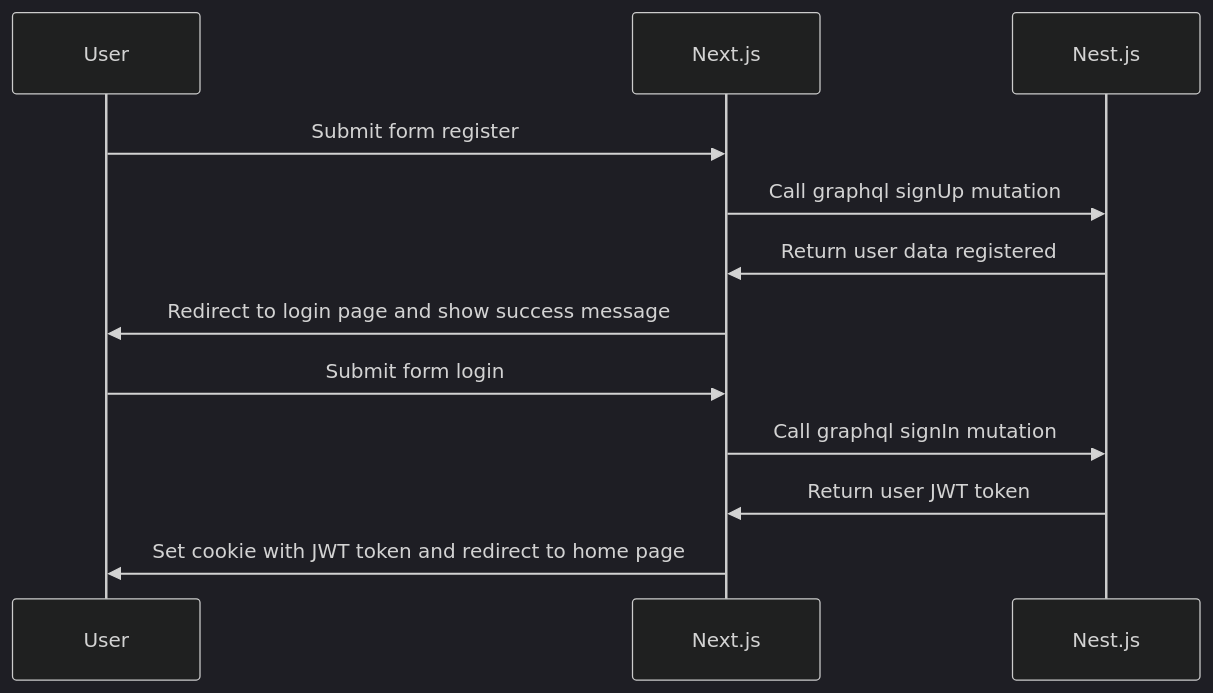
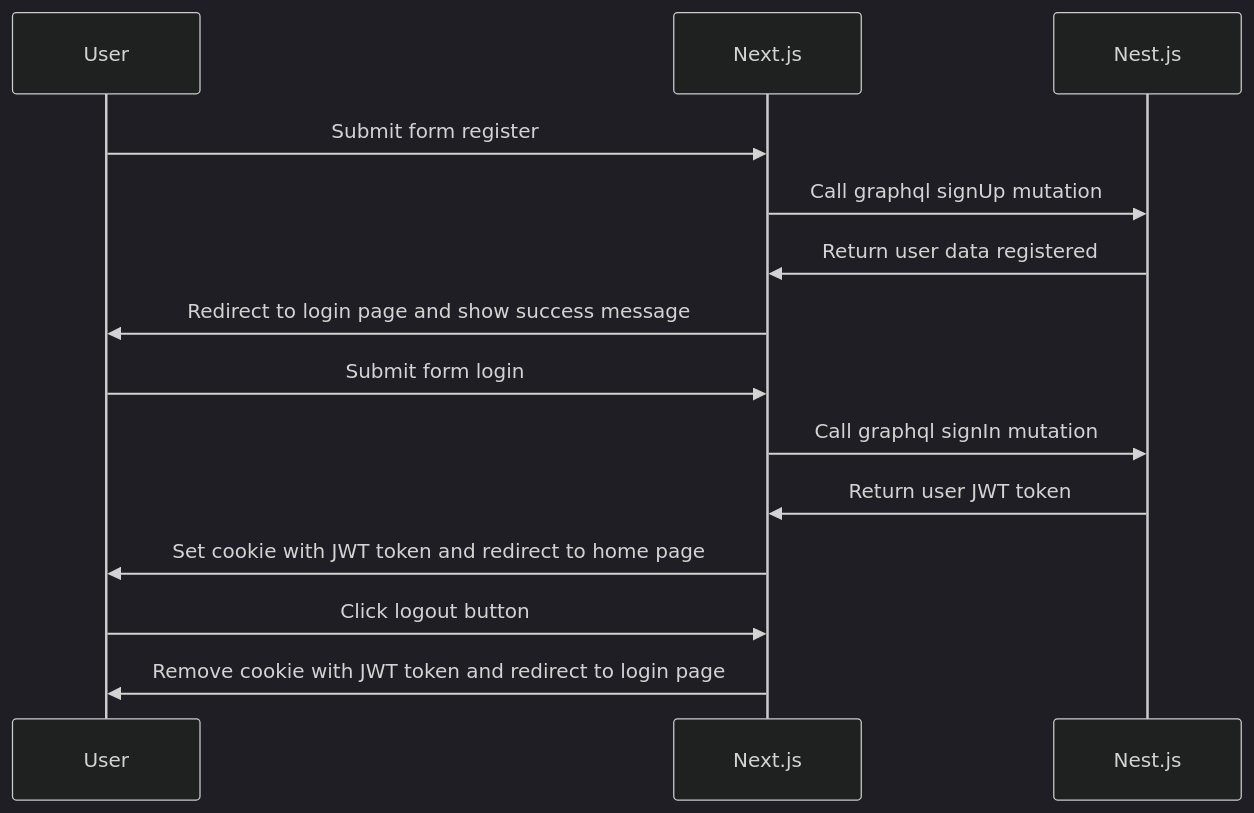
Before and after one commit to tranlehaiquan/teamhub: the diagram in README.md, drawn with Mermaid (dark theme). The commit also changed other lines of this file and 15 other files, not shown here.

````diff
--- a/README.md
+++ b/README.md
@@ -33,16 +35,19 @@
 ```mermaid
 sequenceDiagram
     participant A as User
     participant B as Next.js
     participant C as Nest.js
     
     A->>B: Submit form register
     B->>C: Call graphql signUp mutation
     C->>B: Return user data registered
     B->>A: Redirect to login page and show success message
 
     A->>B: Submit form login
     B->>C: Call graphql signIn mutation
     C->>B: Return user JWT token
     B->>A: Set cookie with JWT token and redirect to home page
+
+    A->>B: Click logout button
+    B->>A: Remove cookie with JWT token and redirect to login page
 ```
````
